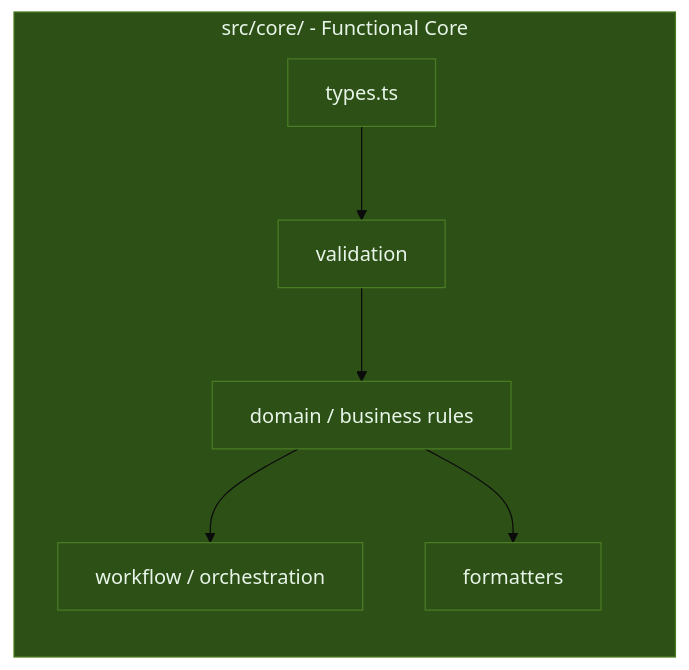
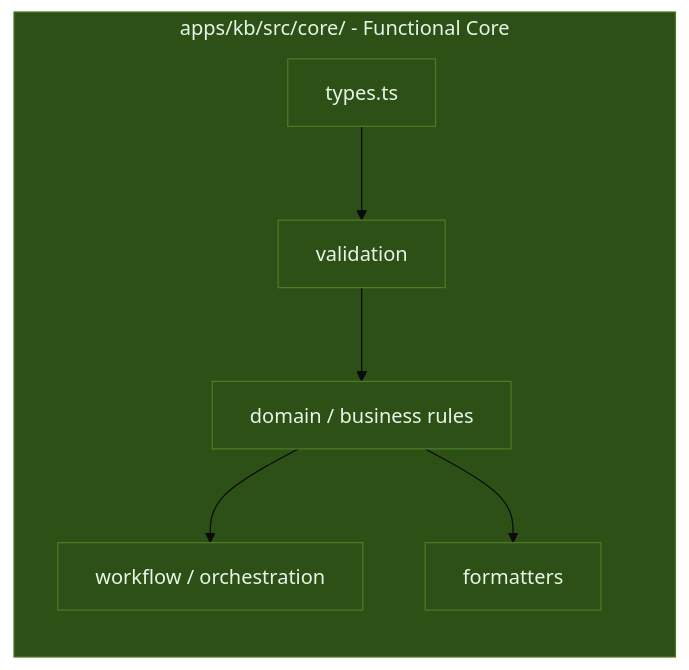
One commit to roalcantara/kb changed the second of 2 diagrams in assets/docs/guides/FCIS.guide.md. Above: the diagram before and after it, drawn with Mermaid (base theme). The commit also changed other lines of this file and 41 other files, not shown here.

````diff
--- a/assets/docs/guides/FCIS.guide.md
+++ b/assets/docs/guides/FCIS.guide.md
@@ -43,15 +45,15 @@
 ```mermaid
 flowchart TB
-    subgraph CORE[" src/core/ - Functional Core "]
+    subgraph CORE[" apps/kb/src/core/ - Functional Core "]
         direction TB
         TYPES["types.ts"]
         VALID["validation"]
         DOMAIN["domain / business rules"]
         FLOW["workflow / orchestration"]
         FMT["formatters"]
         TYPES --> VALID --> DOMAIN --> FLOW
         DOMAIN --> FMT
     end
     classDef core fill:#2d5016,stroke:#4a7c23,color:#e8f5e9
     class CORE,TYPES,VALID,DOMAIN,FLOW,FMT core
 ```
````
